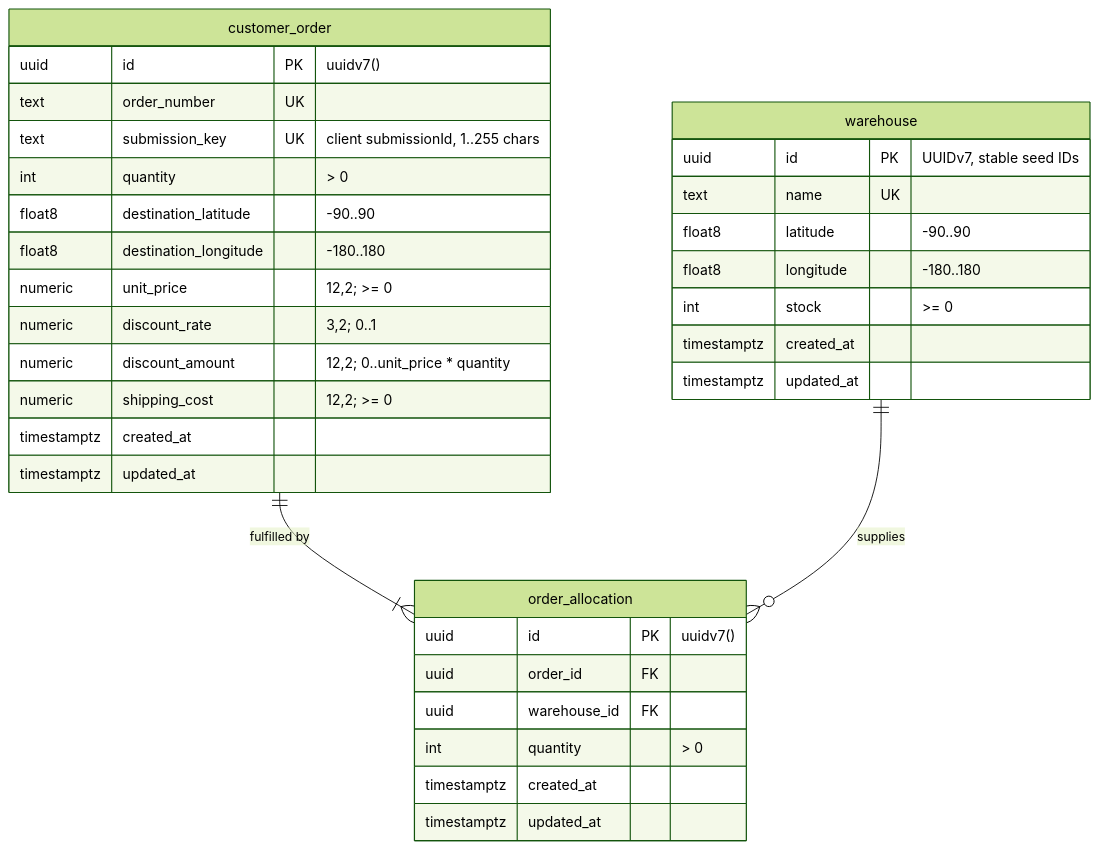
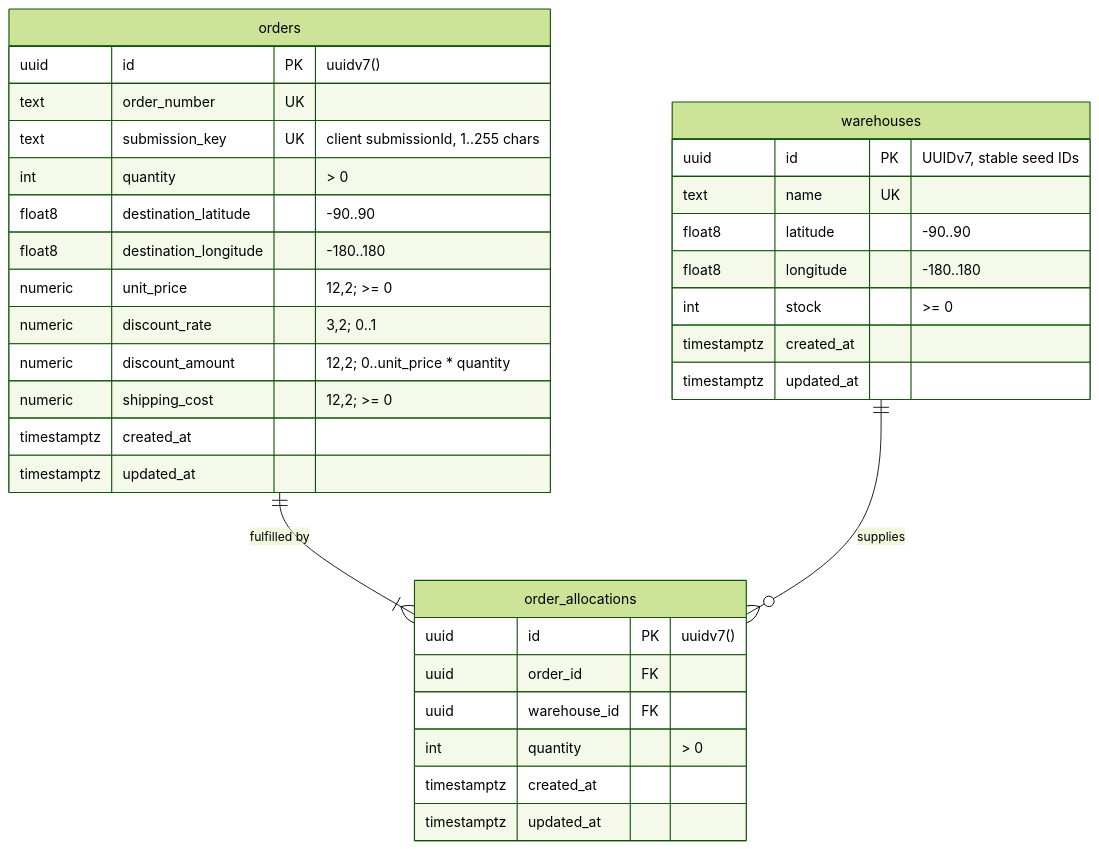
Before and after one commit to bonanaaaaaa/scos: the diagram in docs/database-schema.md, drawn with Mermaid (forest theme). The commit also changed other lines of this file and 6 other files, not shown here.

````diff
--- a/docs/database-schema.md
+++ b/docs/database-schema.md
@@ -16,37 +16,37 @@
 ```mermaid
 erDiagram
-    customer_order ||--|{ order_allocation : "fulfilled by"
-    warehouse ||--o{ order_allocation : "supplies"
+    orders ||--|{ order_allocations : "fulfilled by"
+    warehouses ||--o{ order_allocations : "supplies"
 
-    warehouse {
+    warehouses {
         uuid id PK "UUIDv7, stable seed IDs"
         text name UK
         float8 latitude "-90..90"
         float8 longitude "-180..180"
         int stock ">= 0"
         timestamptz created_at
         timestamptz updated_at
     }
-    customer_order {
+    orders {
         uuid id PK "uuidv7()"
         text order_number UK
         text submission_key UK "client submissionId, 1..255 chars"
         int quantity "> 0"
         float8 destination_latitude "-90..90"
         float8 destination_longitude "-180..180"
         numeric unit_price "12,2; >= 0"
         numeric discount_rate "3,2; 0..1"
         numeric discount_amount "12,2; 0..unit_price * quantity"
         numeric shipping_cost "12,2; >= 0"
         timestamptz created_at
         timestamptz updated_at
     }
-    order_allocation {
+    order_allocations {
         uuid id PK "uuidv7()"
         uuid order_id FK
         uuid warehouse_id FK
         int quantity "> 0"
         timestamptz created_at
         timestamptz updated_at
     }
 ```
````
